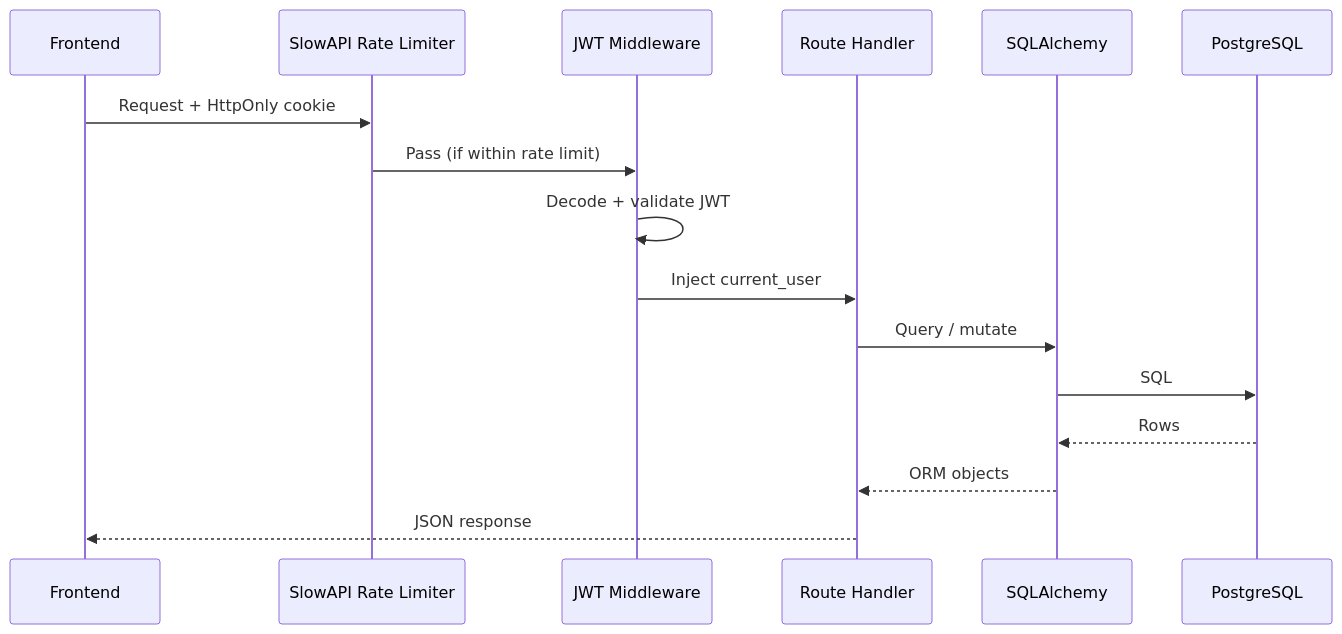
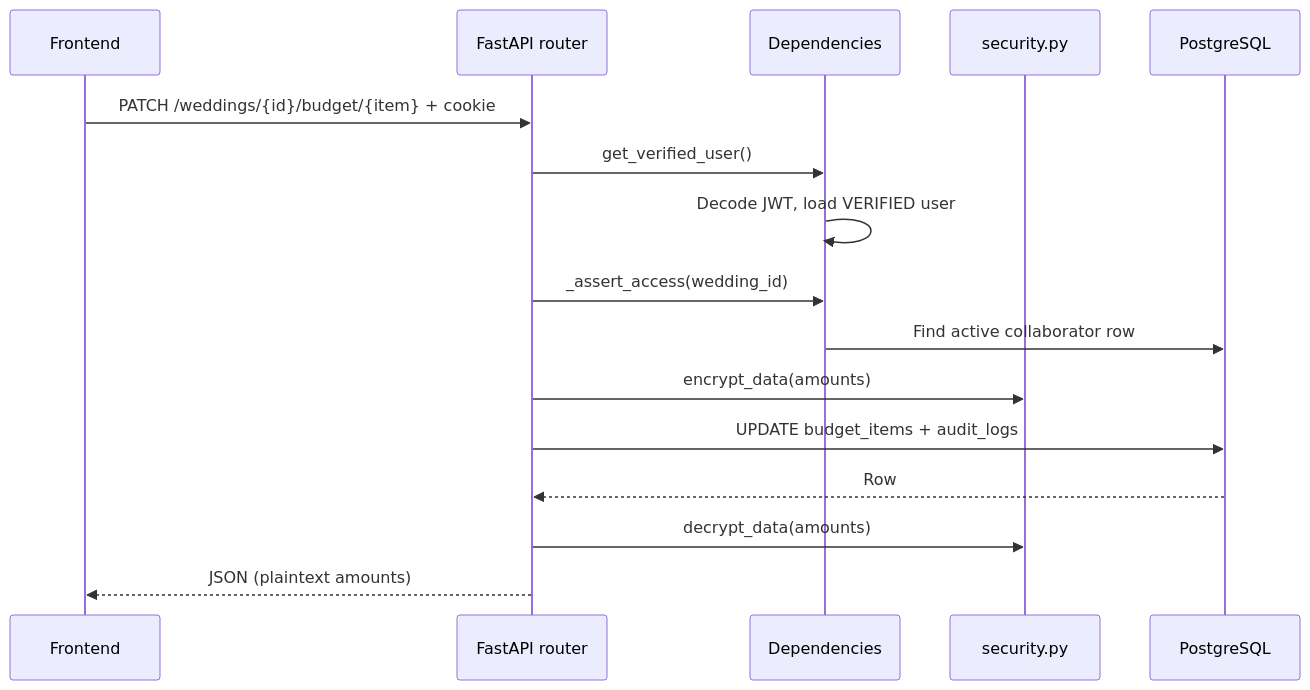
Diagram 12 of 17 in portfolio-react/public/docs/planluhh.md (snsyaqirah/snsyaqirah.github.io), drawn with Mermaid before and after one commit. The commit also changed other lines of this file and 101 other files, not shown here.

````diff
--- a/portfolio-react/public/docs/planluhh.md
+++ b/portfolio-react/public/docs/planluhh.md
@@ -496,19 +508,19 @@
 ```mermaid
 sequenceDiagram
     participant FE as Frontend
-    participant RL as SlowAPI Rate Limiter
-    participant MW as JWT Middleware
-    participant API as Route Handler
-    participant ORM as SQLAlchemy
+    participant API as FastAPI router
+    participant DEP as Dependencies
+    participant SEC as security.py
     participant DB as PostgreSQL
 
-    FE->>RL: Request + HttpOnly cookie
-    RL->>MW: Pass (if within rate limit)
-    MW->>MW: Decode + validate JWT
-    MW->>API: Inject current_user
-    API->>ORM: Query / mutate
-    ORM->>DB: SQL
-    DB-->>ORM: Rows
-    ORM-->>API: ORM objects
-    API-->>FE: JSON response
+    FE->>API: PATCH /weddings/{id}/budget/{item} + cookie
+    API->>DEP: get_verified_user()
+    DEP->>DEP: Decode JWT, load VERIFIED user
+    API->>DEP: _assert_access(wedding_id)
+    DEP->>DB: Find active collaborator row
+    API->>SEC: encrypt_data(amounts)
+    API->>DB: UPDATE budget_items + audit_logs
+    DB-->>API: Row
+    API->>SEC: decrypt_data(amounts)
+    API-->>FE: JSON (plaintext amounts)
 ```
````
